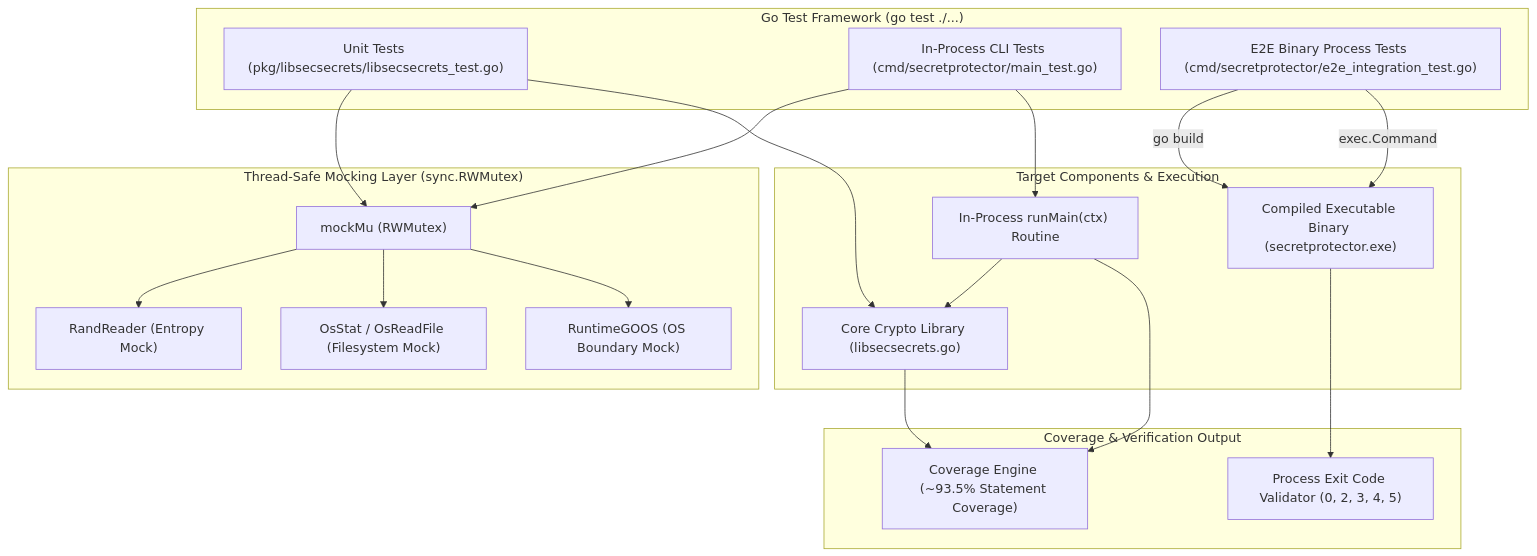
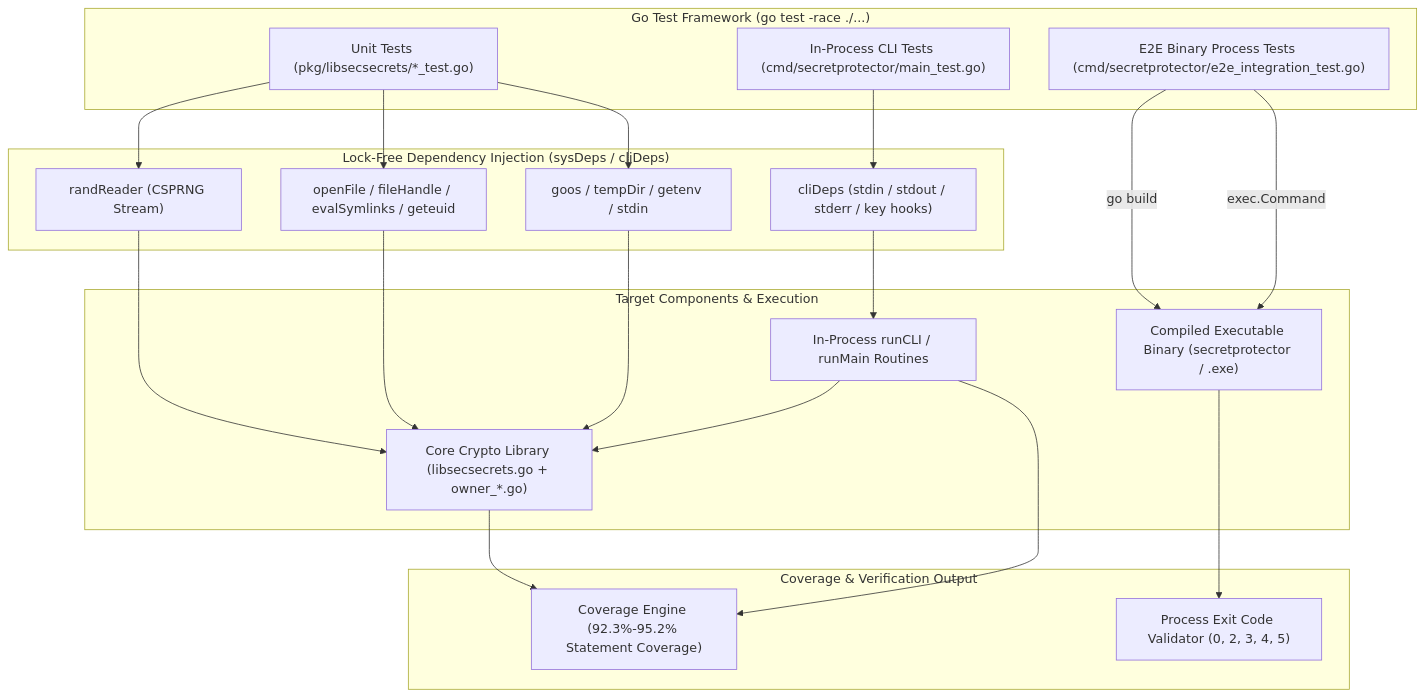
Before and after one commit to edsilegxrepo/secretprotector: the first of 2 diagrams in TESTING.md, drawn with Mermaid. The commit also changed other lines of this file and 15 other files, not shown here.

Commit message:
release: v0.0.6 security hardening, raw key & AAD APIs, CLI fixes, and tests

````diff
--- a/TESTING.md
+++ b/TESTING.md
@@ -21,43 +21,44 @@
 ```mermaid
 graph TB
-    subgraph TestRunner["Go Test Framework (go test ./...)"]
-        UnitTest["Unit Tests (pkg/libsecsecrets/libsecsecrets_test.go)"]
+    subgraph TestRunner["Go Test Framework (go test -race ./...)"]
+        UnitTest["Unit Tests (pkg/libsecsecrets/*_test.go)"]
         CLITest["In-Process CLI Tests (cmd/secretprotector/main_test.go)"]
         E2ETest["E2E Binary Process Tests (cmd/secretprotector/e2e_integration_test.go)"]
     end
 
-    subgraph MockingLayer["Thread-Safe Mocking Layer (sync.RWMutex)"]
-        MockMu["mockMu (RWMutex)"]
-        RandMock["RandReader (Entropy Mock)"]
-        OSStatMock["OsStat / OsReadFile (Filesystem Mock)"]
-        GOOSMock["RuntimeGOOS (OS Boundary Mock)"]
+    subgraph DILayer["Lock-Free Dependency Injection (sysDeps / cliDeps)"]
+        RandDI["randReader (CSPRNG Stream)"]
+        FileDI["openFile / fileHandle / evalSymlinks / geteuid"]
+        GOOSDI["goos / tempDir / getenv / stdin"]
+        StreamDI["cliDeps (stdin / stdout / stderr / key hooks)"]
     end
 
     subgraph ExecutionTargets["Target Components & Execution"]
-        CoreLib["Core Crypto Library (libsecsecrets.go)"]
-        RunMain["In-Process runMain(ctx) Routine"]
-        CompiledBinary["Compiled Executable Binary (secretprotector.exe)"]
+        CoreLib["Core Crypto Library (libsecsecrets.go + owner_*.go)"]
+        RunCLI["In-Process runCLI / runMain Routines"]
+        CompiledBinary["Compiled Executable Binary (secretprotector / .exe)"]
     end
 
     subgraph CoverageOutput["Coverage & Verification Output"]
-        CoverageReport["Coverage Engine (~93.5% Statement Coverage)"]
+        CoverageReport["Coverage Engine (92.3%-95.2% Statement Coverage)"]
         ExitCodeChecker["Process Exit Code Validator (0, 2, 3, 4, 5)"]
     end
 
-    UnitTest --> MockMu
-    CLITest --> MockMu
-    MockMu --> RandMock
-    MockMu --> OSStatMock
-    MockMu --> GOOSMock
+    UnitTest --> RandDI
+    UnitTest --> FileDI
+    UnitTest --> GOOSDI
+    CLITest --> StreamDI
 
-    UnitTest --> CoreLib
-    CLITest --> RunMain
-    RunMain --> CoreLib
+    RandDI --> CoreLib
+    FileDI --> CoreLib
+    GOOSDI --> CoreLib
+    StreamDI --> RunCLI
+    RunCLI --> CoreLib
 
     E2ETest -->|"go build"| CompiledBinary
     E2ETest -->|"exec.Command"| CompiledBinary
 
     CoreLib --> CoverageReport
-    RunMain --> CoverageReport
+    RunCLI --> CoverageReport
     CompiledBinary --> ExitCodeChecker
 ```
````
